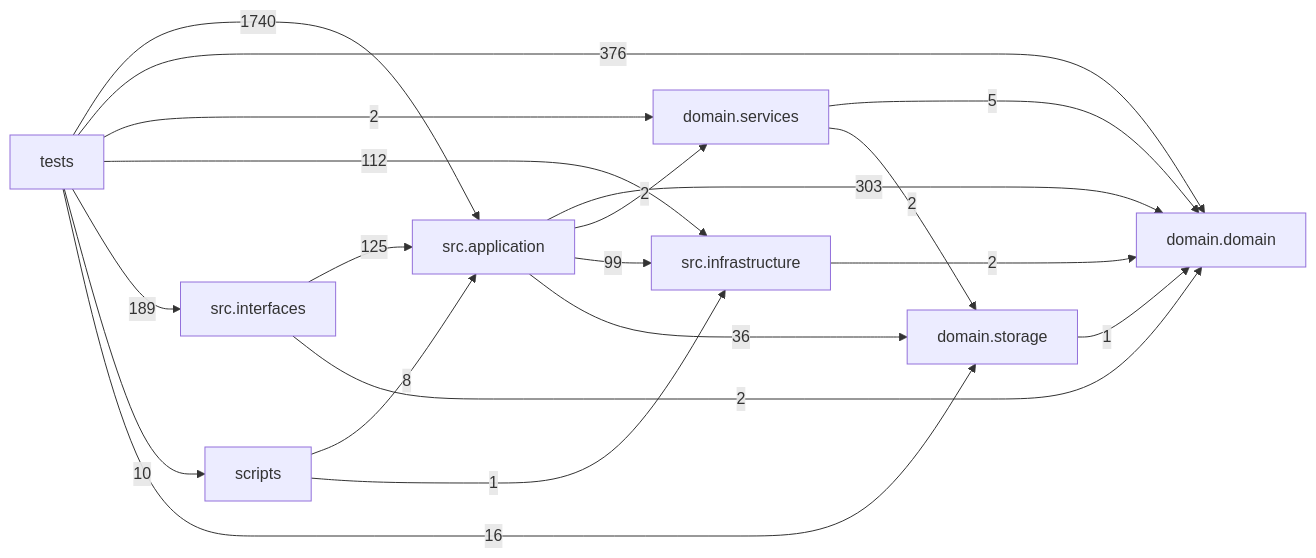
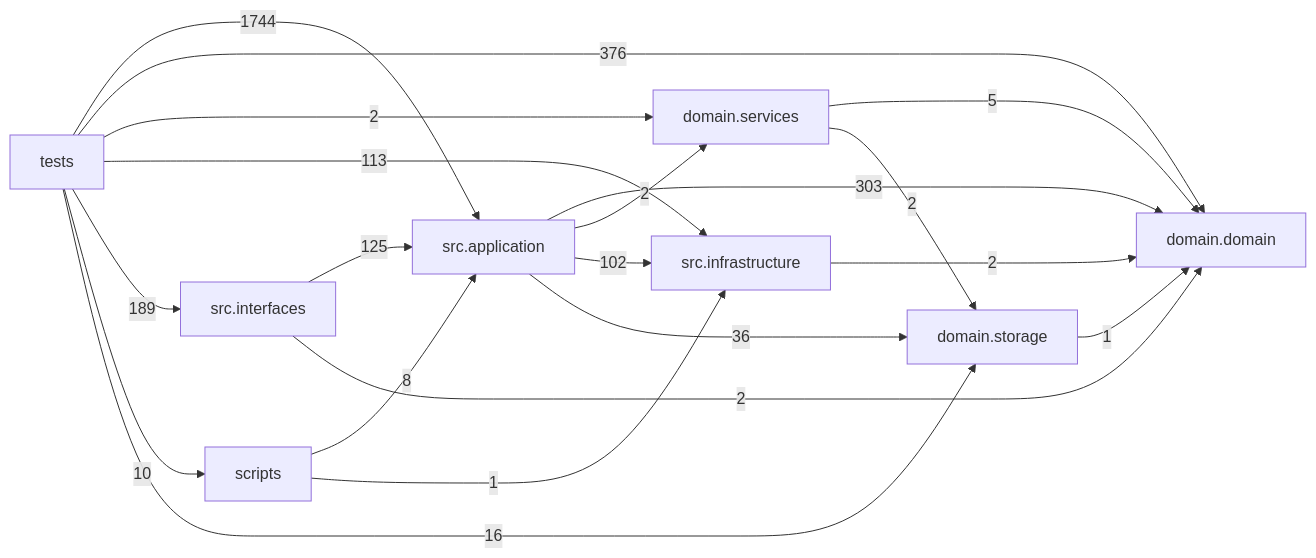
One commit to liuxie066/options-monitor changed the diagram in docs/DEPENDENCY_GRAPH.md. Above: the diagram before and after it, drawn with Mermaid. The commit also changed other lines of this file and 13 other files, not shown here.

````diff
--- a/docs/DEPENDENCY_GRAPH.md
+++ b/docs/DEPENDENCY_GRAPH.md
@@ -24,30 +24,30 @@
 ```mermaid
 flowchart LR
   tests["tests"]
   scripts["scripts"]
   interfaces["src.interfaces"]
   application["src.application"]
   infrastructure["src.infrastructure"]
   domain_services["domain.services"]
   domain["domain.domain"]
   storage["domain.storage"]
   application -->|303| domain
   application -->|2| domain_services
-  application -->|99| infrastructure
+  application -->|102| infrastructure
   application -->|36| storage
   domain_services -->|5| domain
   domain_services -->|2| storage
   infrastructure -->|2| domain
   interfaces -->|125| application
   interfaces -->|2| domain
   scripts -->|8| application
   scripts -->|1| infrastructure
   storage -->|1| domain
-  tests -->|1740| application
+  tests -->|1744| application
   tests -->|376| domain
   tests -->|2| domain_services
-  tests -->|112| infrastructure
+  tests -->|113| infrastructure
   tests -->|189| interfaces
   tests -->|10| scripts
   tests -->|16| storage
 ```
````
